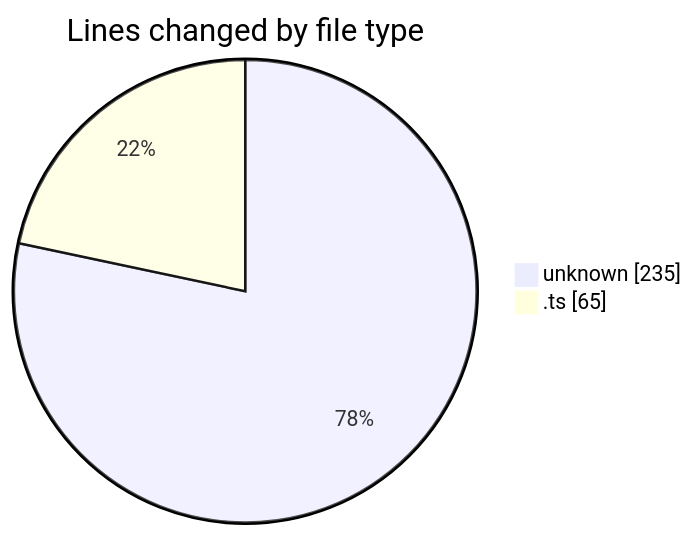
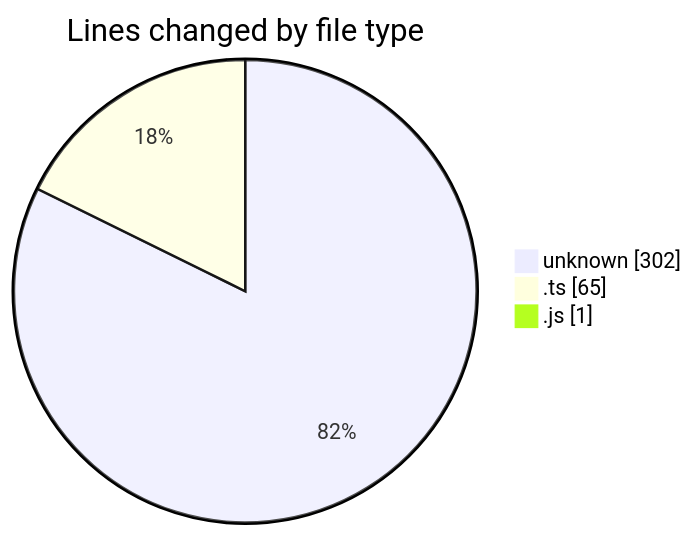
Before and after one commit to Elitesun/code-tracking: the first of 2 diagrams in 2025-05-17/niten/README.md, drawn with Mermaid. The commit also changed other lines of this file and 1 other file, not shown here.

````diff
--- a/2025-05-17/niten/README.md
+++ b/2025-05-17/niten/README.md
@@ -22,6 +23,7 @@
 ```mermaid
 pie showData
 title Lines changed by file type
-"unknown" : 235
+"unknown" : 302
 ".ts" : 65
+".js" : 1
 ```
````
